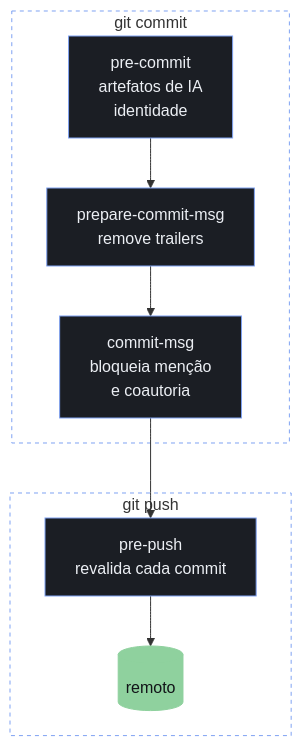
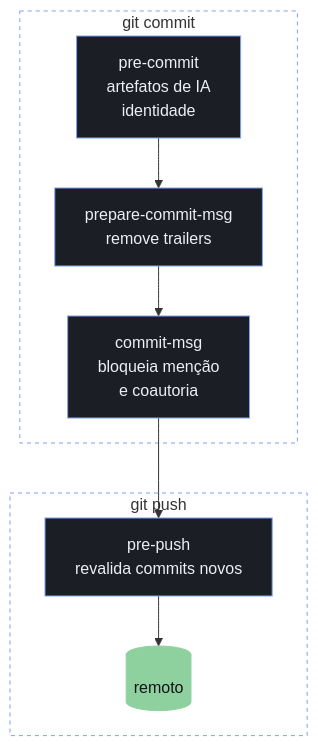
Before and after one commit to jeancarlosaps/jean-dev-environment: the diagram in README.md, drawn with Mermaid. The commit also changed other lines of this file and 3 other files, not shown here.

First line of the commit message:
fix(git): limitar o pre-push aos commits novos

````diff
--- a/README.md
+++ b/README.md
@@ -323,17 +323,17 @@
 ```mermaid
 flowchart TB
   subgraph COMMIT["git commit"]
     PC["pre-commit<br/>artefatos de IA<br/>identidade"] --> PM["prepare-commit-msg<br/>remove trailers"]
     PM --> CM["commit-msg<br/>bloqueia menção<br/>e coautoria"]
   end
   subgraph PUSH["git push"]
-    PP["pre-push<br/>revalida cada commit"] --> R[("remoto")]
+    PP["pre-push<br/>revalida commits novos"] --> R[("remoto")]
   end
   CM --> PP
   classDef hook fill:#1B1E24,stroke:#7FA2F2,color:#ECEFF4
   classDef done fill:#8FD19E,stroke:#8FD19E,color:#121418
   class PC,PM,CM,PP hook
   class R done
   style COMMIT fill:none,stroke:#7FA2F2,stroke-dasharray:4 4
   style PUSH fill:none,stroke:#7FA2F2,stroke-dasharray:4 4
 ```
````
